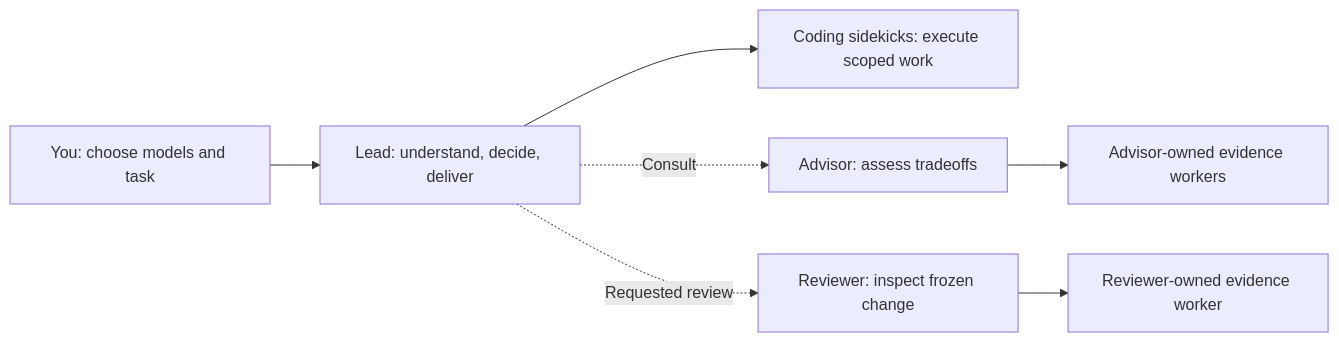
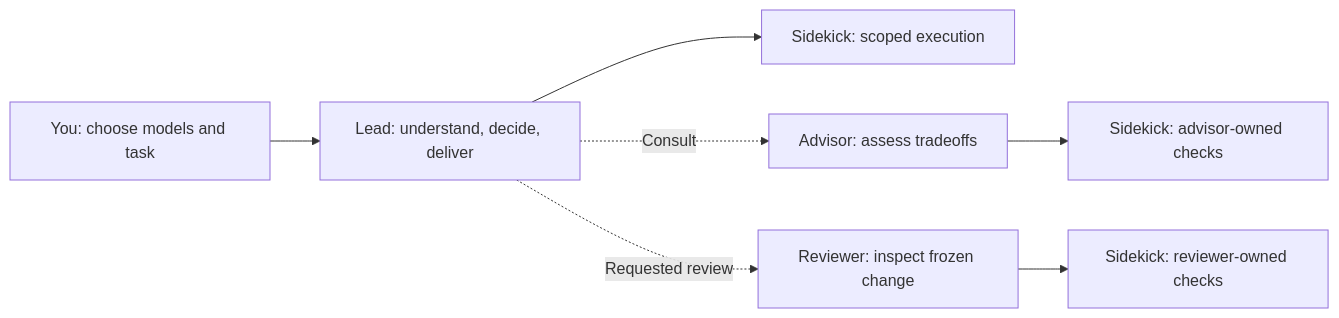
The diagram in README.md (bluetripod/fusion-big-boss), drawn with Mermaid before and after one commit. The commit also changed other lines of this file and 3 other files, not shown here.

````diff
--- a/README.md
+++ b/README.md
@@ -19,9 +22,9 @@
 ```mermaid
 flowchart LR
     U[You: choose models and task] --> L[Lead: understand, decide, deliver]
-    L --> S[Coding sidekicks: execute scoped work]
+    L --> S[Sidekick: scoped execution]
     L -. Consult .-> A[Advisor: assess tradeoffs]
     L -. Requested review .-> R[Reviewer: inspect frozen change]
-    A --> AE[Advisor-owned evidence workers]
-    R --> RE[Reviewer-owned evidence worker]
+    A --> AE[Sidekick: advisor-owned checks]
+    R --> RE[Sidekick: reviewer-owned checks]
 ```
````
